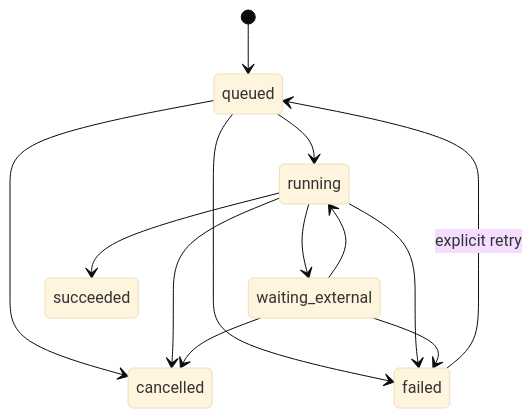
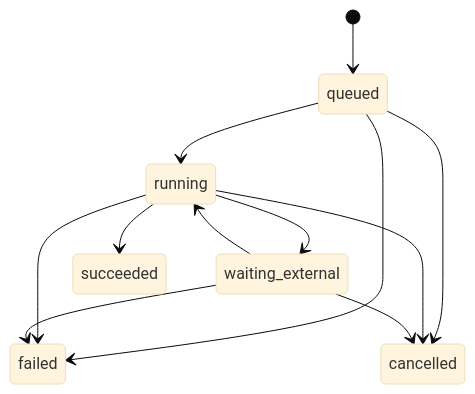
Before and after one commit to xxay-16/gene-family-mcp: the second of 3 diagrams in docs/architecture.md, drawn with Mermaid (base theme). The commit also changed other lines of this file and 48 other files, not shown here.

````diff
--- a/docs/architecture.md
+++ b/docs/architecture.md
@@ -110,15 +108,14 @@
 ```mermaid
 stateDiagram-v2
     [*] --> queued
     queued --> running
     running --> waiting_external
     waiting_external --> running
     running --> succeeded
+    queued --> failed
+    running --> failed
+    waiting_external --> failed
     queued --> cancelled
     running --> cancelled
     waiting_external --> cancelled
-    queued --> failed
-    running --> failed
-    waiting_external --> failed
-    failed --> queued: explicit retry
 ```
````
